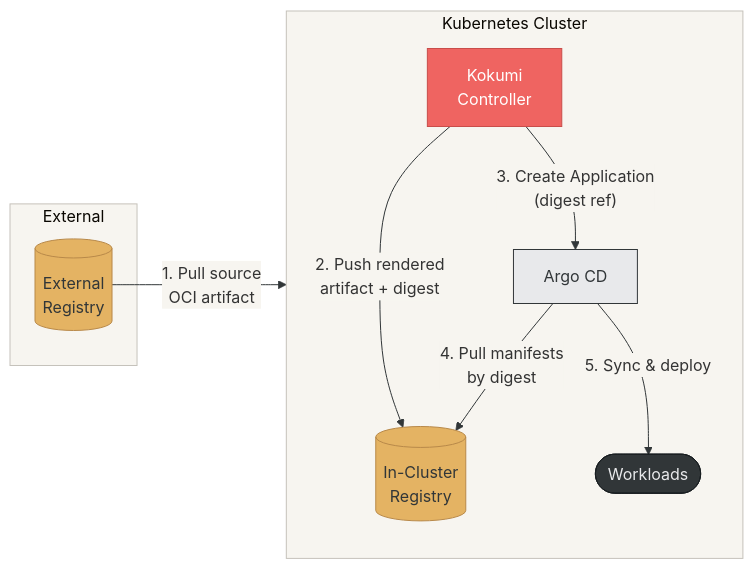
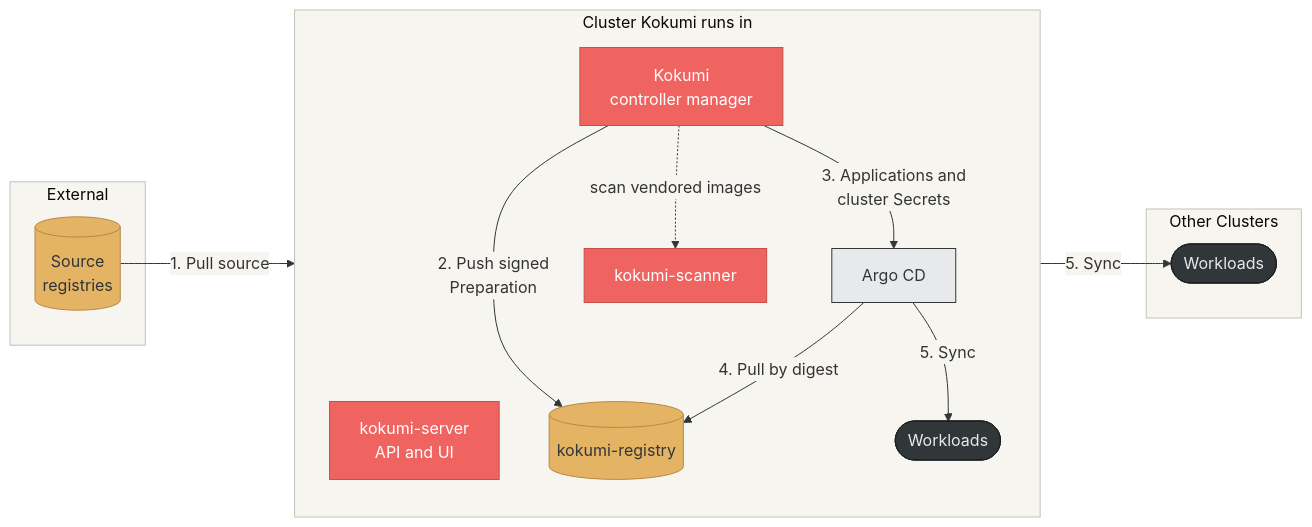
Before and after one commit to kokumi-dev/kokumi: the second of 2 diagrams in docs/content/docs/architecture.md, drawn with Mermaid. The commit also changed other lines of this file and 31 other files, not shown here.

````diff
--- a/docs/content/docs/architecture.md
+++ b/docs/content/docs/architecture.md
@@ -1111,39 +181,47 @@
 ```mermaid
 %%{init: {
   "theme": "base",
   "themeVariables": {
     "lineColor": "#313638",
     "clusterBkg": "#f7f5f0",
     "clusterBorder": "#c5c2bb",
     "edgeLabelBackground": "#f7f5f0"
   }
 }}%%
 flowchart LR
     subgraph ext["External"]
-        ER[("External<br>Registry")]
+        ER[("Source<br>registries")]
     end
 
-    subgraph k8s["Kubernetes Cluster"]
+    subgraph hub["Cluster Kokumi runs in"]
         direction TB
-        KC["Kokumi<br>Controller"]
-        IR[("In-Cluster<br>Registry")]
+        UI["kokumi-server<br>API and UI"]
+        KC["Kokumi<br>controller manager"]
+        SC["kokumi-scanner"]
+        IR[("kokumi-registry")]
         ARGO["Argo CD"]
         WL(["Workloads"])
     end
 
-    ER -- "1. Pull source<br>OCI artifact" --> KC
-    KC -- "2. Push rendered<br>artifact + digest" --> IR
-    KC -- "3. Create Application<br>(digest ref)" --> ARGO
-    ARGO -- "4. Pull manifests<br>by digest" --> IR
-    ARGO -- "5. Sync & deploy" --> WL
+    subgraph spoke["Other Clusters"]
+        WL2(["Workloads"])
+    end
+
+    ER -- "1. Pull source" --> KC
+    KC -- "2. Push signed<br>Preparation" --> IR
+    KC -- "3. Applications and<br>cluster Secrets" --> ARGO
+    ARGO -- "4. Pull by digest" --> IR
+    ARGO -- "5. Sync" --> WL
+    ARGO -- "5. Sync" --> WL2
+    KC -. "scan vendored images" .-> SC
 
     classDef registry   fill:#E4B363,stroke:#b8894a,color:#313638
     classDef controller fill:#EF6461,stroke:#c94d4a,color:#ffffff
     classDef argocd     fill:#E8E9EB,stroke:#313638,color:#313638
     classDef workload   fill:#313638,stroke:#1a1f22,color:#E8E9EB
 
     class ER,IR registry
-    class KC controller
+    class KC,UI,SC controller
     class ARGO argocd
-    class WL workload
+    class WL,WL2 workload
 ```
````
